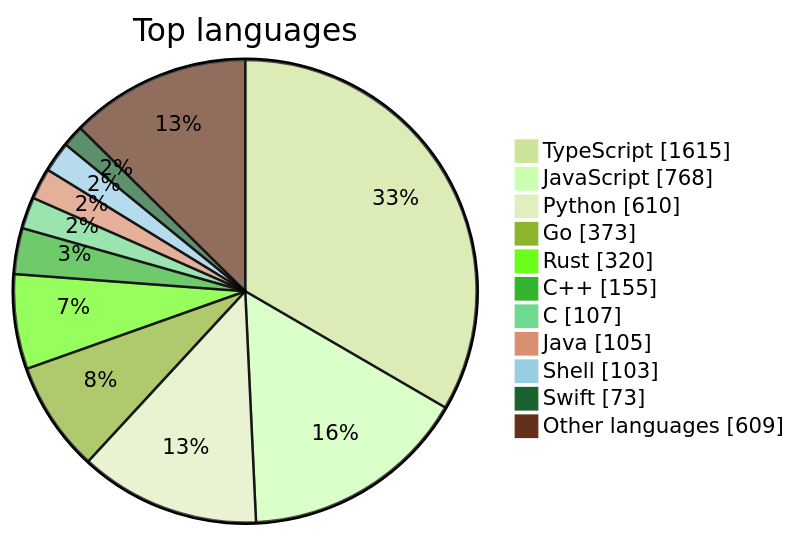
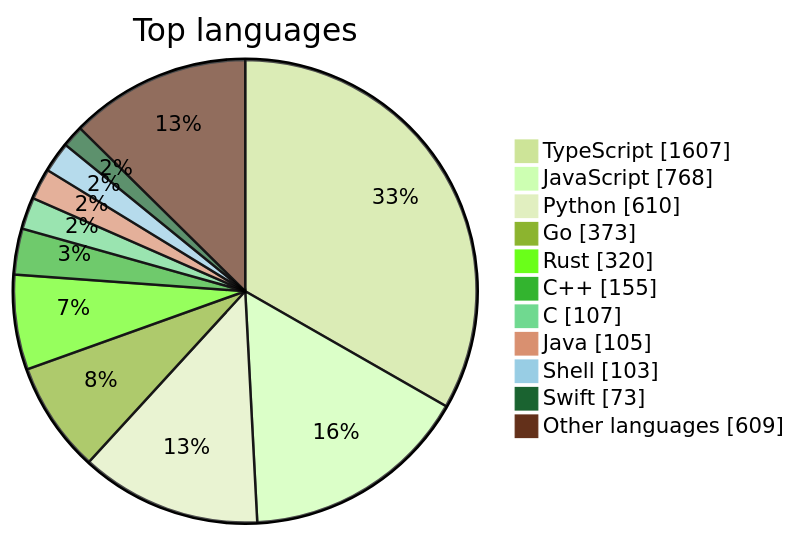
The first of 2 diagrams in README.md (maxgfr/awesome-stars), drawn with Mermaid (forest theme) before and after one commit. The commit also changed other lines of this file and 13 other files, not shown here.

````diff
--- a/README.md
+++ b/README.md
@@ -37,14 +37,14 @@
 ```mermaid
 pie showData title Top languages
-    "TypeScript" : 1615
+    "TypeScript" : 1607
     "JavaScript" : 768
     "Python" : 610
     "Go" : 373
     "Rust" : 320
     "C++" : 155
     "C" : 107
     "Java" : 105
     "Shell" : 103
     "Swift" : 73
     "Other languages" : 609
 ```
````
